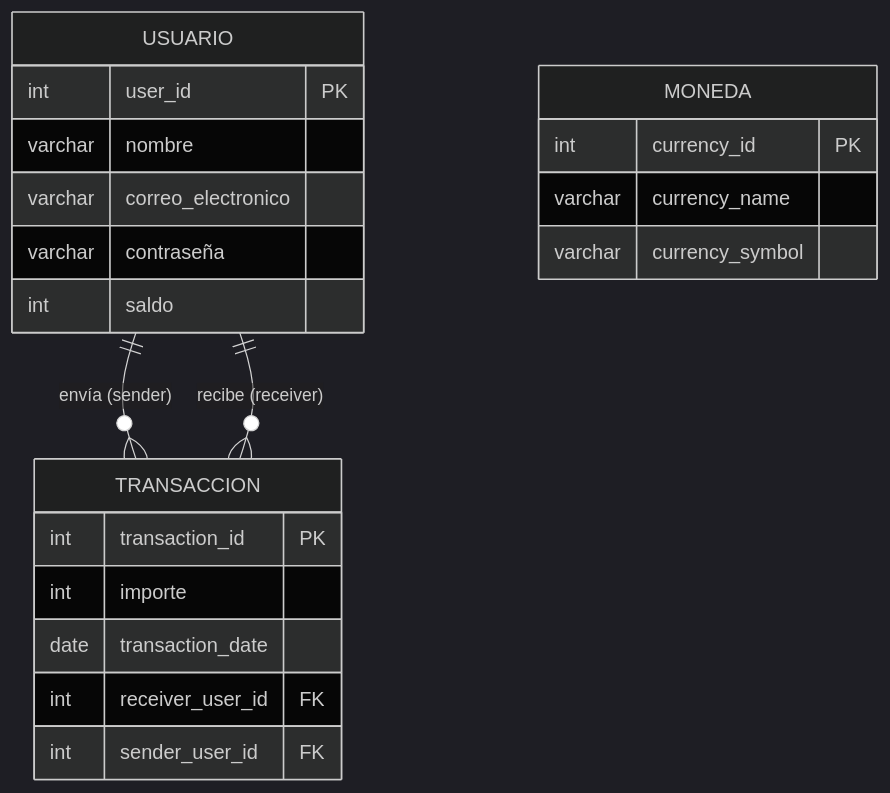
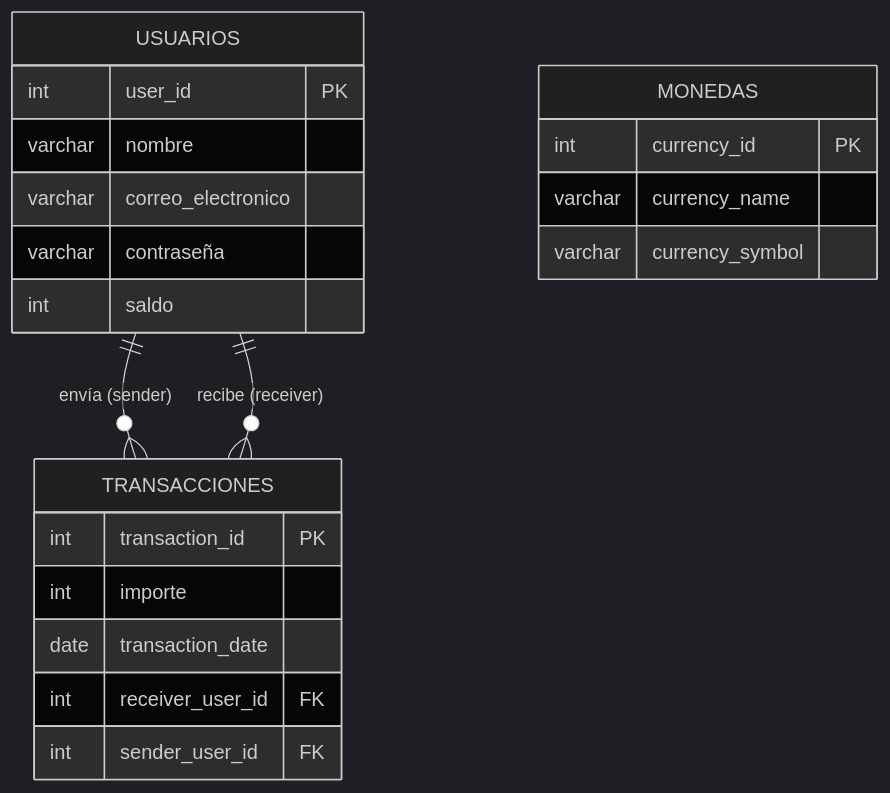
The diagram in database/01_Received/alke_wallet_modelo_received/diagrams/alke_wallet_er.md (scarvallot/alke-wallet), drawn with Mermaid (dark theme) before and after one commit. The commit also changed 21 other files, not shown here.

````diff
--- a/database/01_Received/alke_wallet_modelo_received/diagrams/alke_wallet_er.md
+++ b/database/01_Received/alke_wallet_modelo_received/diagrams/alke_wallet_er.md
@@ -3,27 +3,27 @@
 ```mermaid
 erDiagram
-    USUARIO {
+    USUARIOS {
         int user_id PK
         varchar nombre
         varchar correo_electronico
         varchar contraseña
         int saldo
     }
 
-    MONEDA {
+    MONEDAS {
         int currency_id PK
         varchar currency_name
         varchar currency_symbol
     }
 
-    TRANSACCION {
+    TRANSACCIONES {
         int transaction_id PK
         int importe
         date transaction_date
         int receiver_user_id FK
         int sender_user_id FK
     }
 
-    USUARIO ||--o{ TRANSACCION : "envía (sender)"
-    USUARIO ||--o{ TRANSACCION : "recibe (receiver)"
+    USUARIOS ||--o{ TRANSACCIONES : "envía (sender)"
+    USUARIOS ||--o{ TRANSACCIONES : "recibe (receiver)"
 ```
````
